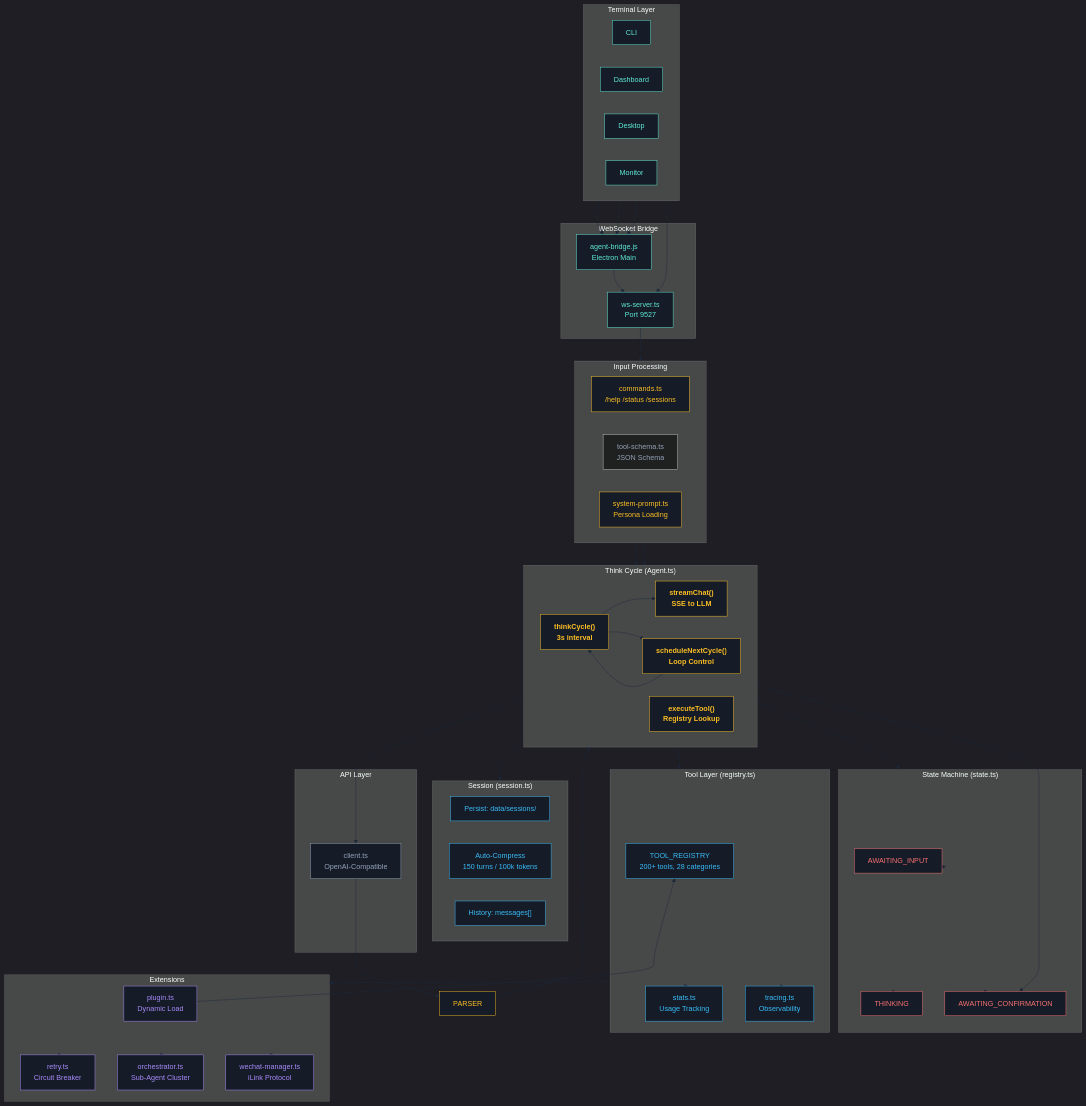
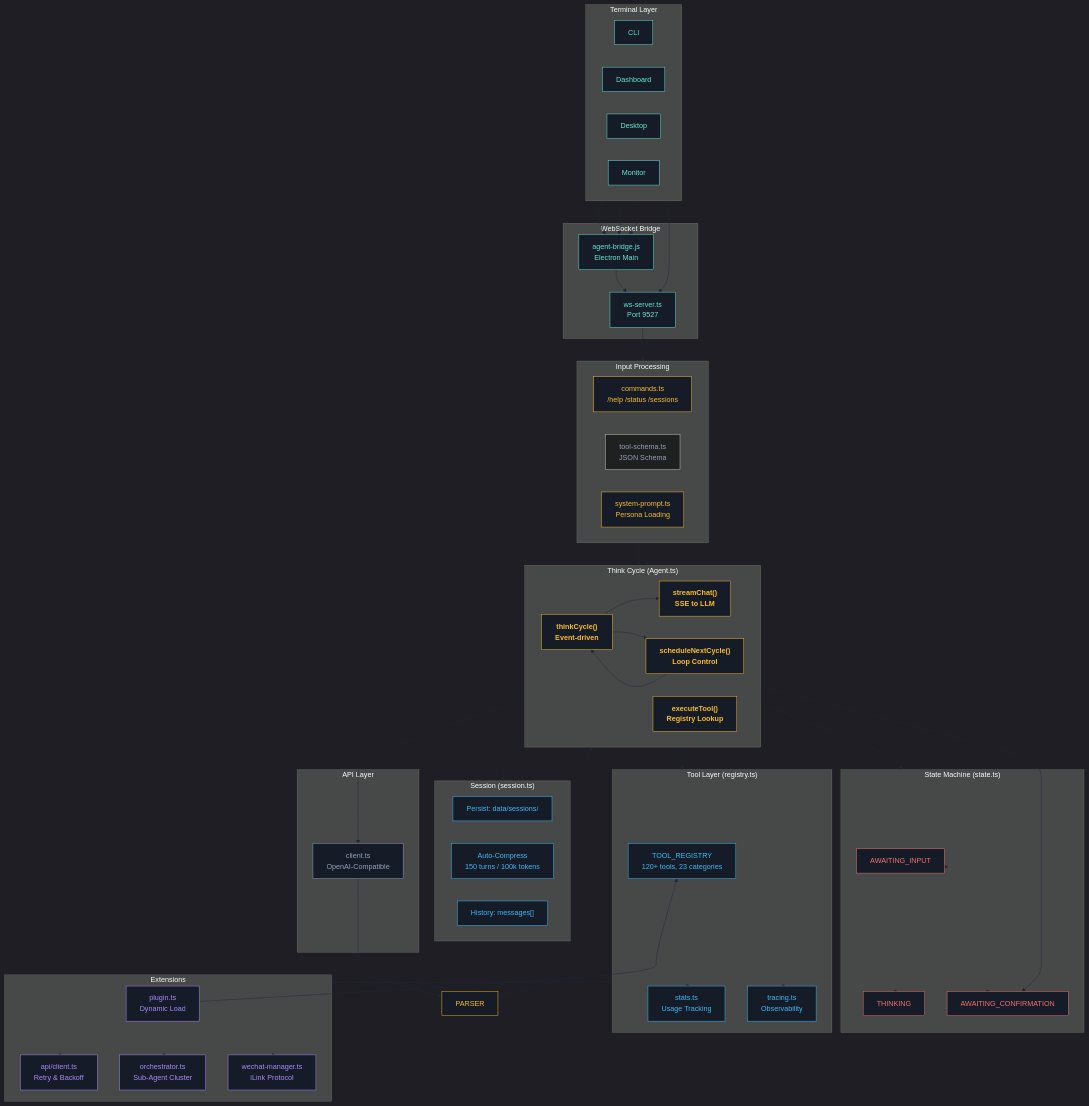
Before and after one commit to 1486853830/CogitoAgent: the second of 2 diagrams in README.md, drawn with Mermaid. The commit also changed other lines of this file and 15 other files, not shown here.

```diff
--- a/README.md
+++ b/README.md
@@ -266,7 +267,7 @@
 
     subgraph CORE["Think Cycle (Agent.ts)"]
         direction LR
-        THINK["thinkCycle()<br/>3s interval"]
+        THINK["thinkCycle()<br/>Event-driven"]
         STREAM["streamChat()<br/>SSE to LLM"]
         EXEC["executeTool()<br/>Registry Lookup"]
         CYCLE["scheduleNextCycle()<br/>Loop Control"]
@@ -285,14 +286,14 @@
     end
 
     subgraph TOOLS["Tool Layer (registry.ts)"]
-        REG["TOOL_REGISTRY<br/>200+ tools, 28 categories"]
+        REG["TOOL_REGISTRY<br/>120+ tools, 23 categories"]
         STATS["stats.ts<br/>Usage Tracking"]
         TRACE["tracing.ts<br/>Observability"]
     end
 
     subgraph EXT["Extensions"]
         PLUGIN["plugin.ts<br/>Dynamic Load"]
-        RETRY["retry.ts<br/>Circuit Breaker"]
+        RETRY["api/client.ts<br/>Retry & Backoff"]
         CLUSTER["orchestrator.ts<br/>Sub-Agent Cluster"]
         WECHAT["wechat-manager.ts<br/>iLink Protocol"]
     end
```
